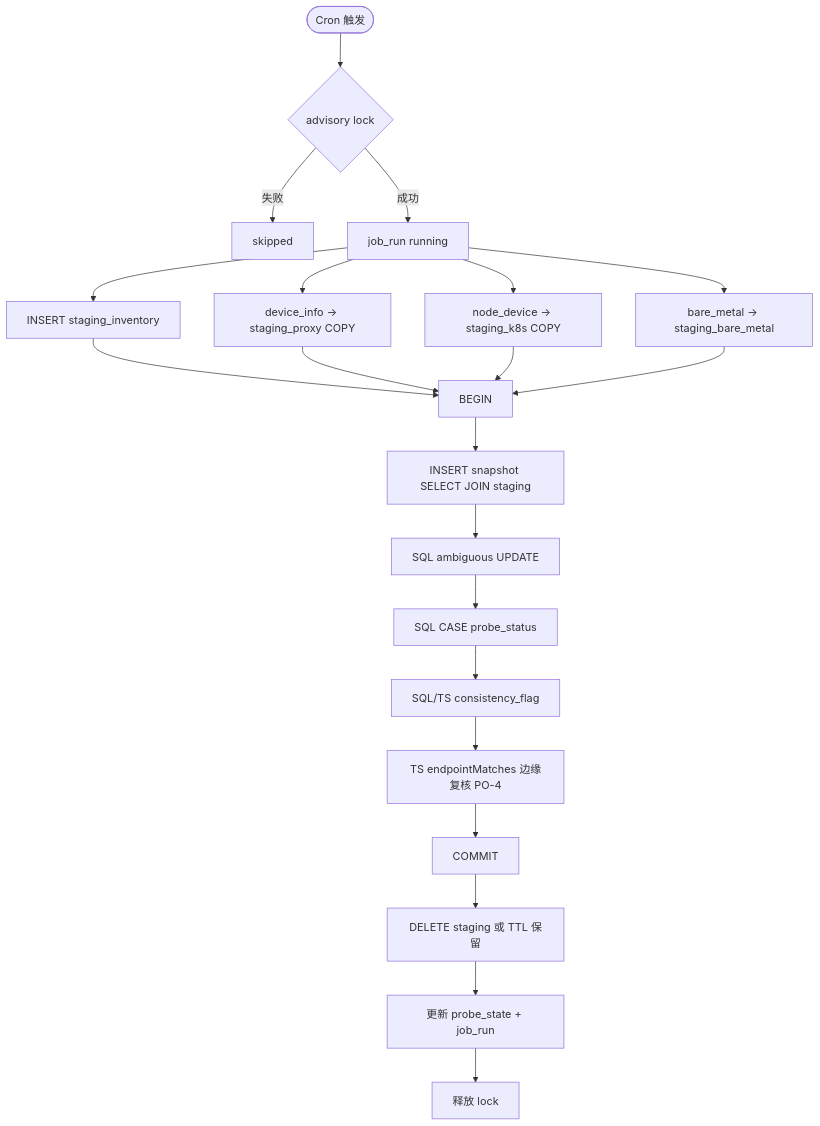
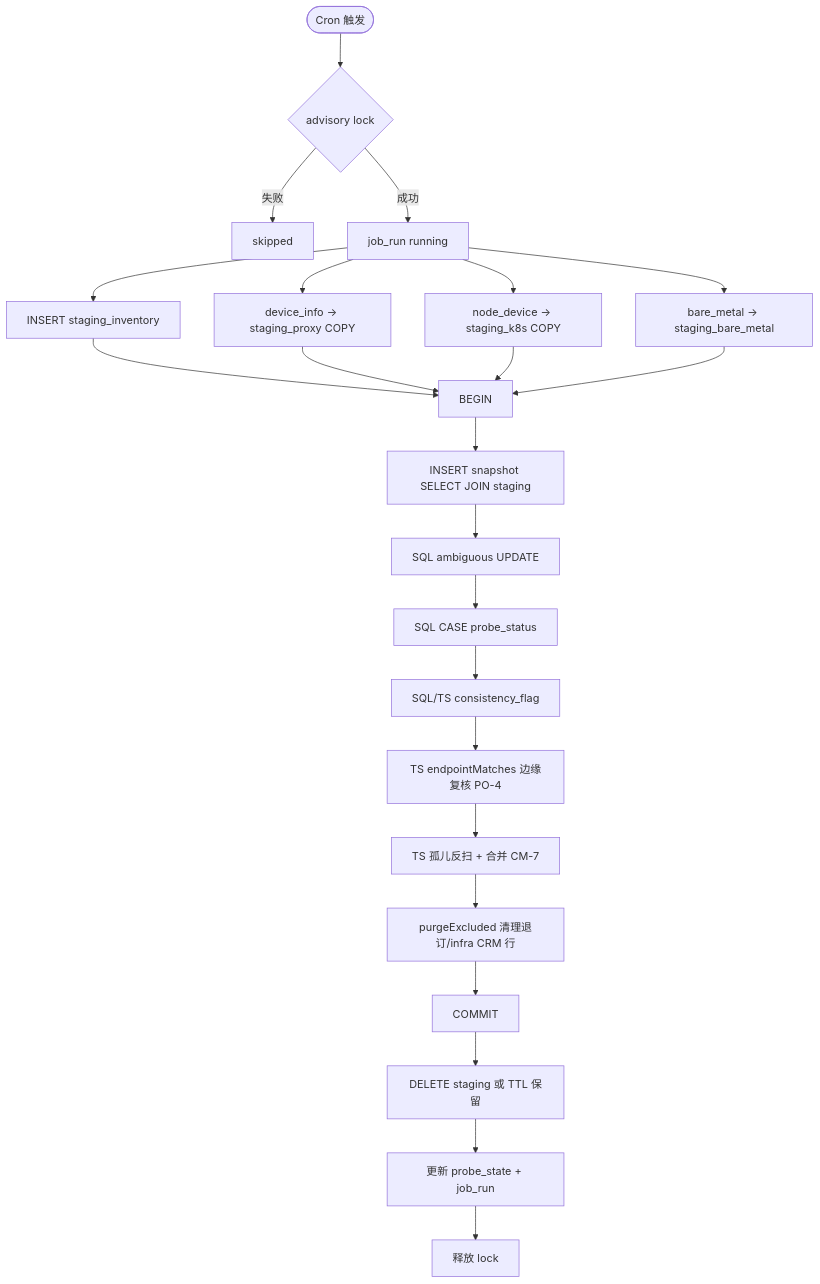
Before and after one commit to metacode0602/opencomfy-hub: the diagram in apps/web/content/design/supplier-device-platform-probe-design.md, drawn with Mermaid. The commit also changed other lines of this file and 16 other files, not shown here.

````diff
--- a/apps/web/content/design/supplier-device-platform-probe-design.md
+++ b/apps/web/content/design/supplier-device-platform-probe-design.md
@@ -402,23 +574,25 @@
 ```mermaid
 flowchart TB
   START([Cron 触发]) --> LOCK{advisory lock}
   LOCK -->|失败| SKIP[skipped]
   LOCK -->|成功| RUN[job_run running]
   RUN --> STG0[INSERT staging_inventory]
   RUN --> API1[device_info → staging_proxy COPY]
   RUN --> API2[node_device → staging_k8s COPY]
   RUN --> STG3[bare_metal → staging_bare_metal]
   STG0 --> TX[BEGIN]
   API1 --> TX
   API2 --> TX
   STG3 --> TX
   TX --> SQL[INSERT snapshot SELECT JOIN staging]
   SQL --> AMB[SQL ambiguous UPDATE]
   AMB --> PS[SQL CASE probe_status]
   PS --> CF[SQL/TS consistency_flag]
   CF --> EP[TS endpointMatches 边缘复核 PO-4]
-  EP --> COMMIT[COMMIT]
+  EP --> ORPH[TS 孤儿反扫 + 合并 CM-7]
+  ORPH --> PURGE[purgeExcluded 清理退订/infra CRM 行]
+  PURGE --> COMMIT[COMMIT]
   COMMIT --> CLEAN[DELETE staging 或 TTL 保留]
   CLEAN --> STATE[更新 probe_state + job_run]
   STATE --> UNLOCK[释放 lock]
 ```
````
